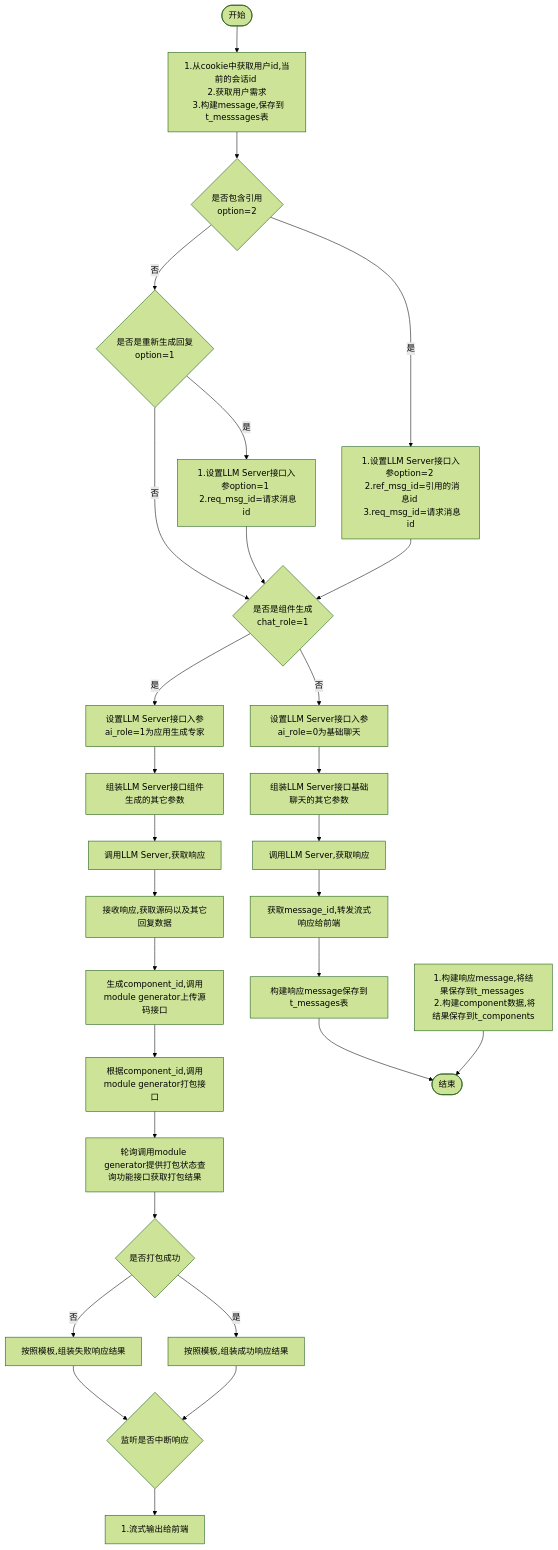
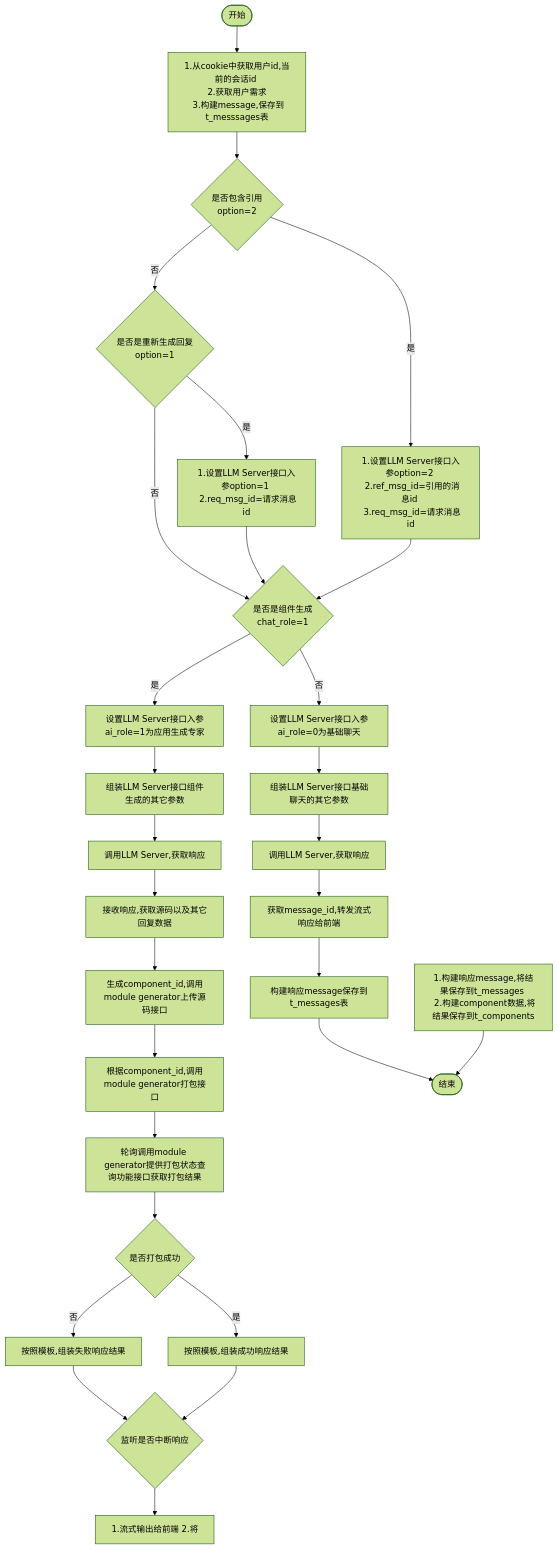
Before and after one commit to yingjianzh/iodraw-files: the diagram in all/w3-会话-不需要传递message.md, drawn with Mermaid (forest theme).

Commit message:
2024-10-15 15:13:54 update

````diff
--- a/all/w3-会话-不需要传递message.md
+++ b/all/w3-会话-不需要传递message.md
@@ -1,36 +1,36 @@
 ```mermaid
 flowchart TD
     A([开始]) --> B[1.从cookie中获取用户id,当前的会话id \n 2.获取用户需求 \n 3.构建message,保存到t_messsages表]
     B--> D{是否包含引用 \n option=2}
     D -- 是 --> E[1.设置LLM Server接口入参option=2 \n 2.ref_msg_id=引用的消息id \n 3.req_msg_id=请求消息id]
     D -- 否 --> F{是否是重新生成回复\n option=1}
     F -- 是 --> G[1.设置LLM Server接口入参option=1 \n 2.req_msg_id=请求消息id]
     F -- 否 --> I
      
     E & G --> I{是否是组件生成 \n chat_role=1}
     I -- 否 --> K[设置LLM Server接口入参ai_role=0为基础聊天]
     I -- 是 --> J[设置LLM Server接口入参ai_role=1为应用生成专家]
     
 
     J --> L[组装LLM Server接口组件生成的其它参数]    
     K --> M[组装LLM Server接口基础聊天的其它参数]    
     M --> N[调用LLM Server,获取响应]    
     N --> O[获取message_id,转发流式响应给前端]
     O --> P[构建响应message保存到t_messages表]
     P --> R([结束])
 
 
     L --> S[调用LLM Server,获取响应]
     S --> T[接收响应,获取源码以及其它回复数据]
     T --> U[生成component_id,调用module generator上传源码接口]
     U --> V[根据component_id,调用module generator打包接口]
     V --> W[轮询调用module generator提供打包状态查询功能接口获取打包结果]
     W --> X{是否打包成功}
     X -- 是 --> Y[按照模板,组装成功响应结果]
     X -- 否 --> Z[按照模板,组装失败响应结果]
     Y & Z --> Done{监听是否中断响应}
-    Done --> OutPut[1.流式输出给前端]
+    Done --> OutPut[1.流式输出给前端 2.将]
 
     Result[1.构建响应message,将结果保存到t_messages \n 2.构建component数据,将结果保存到t_components]
     Result --> R
 ```
````
